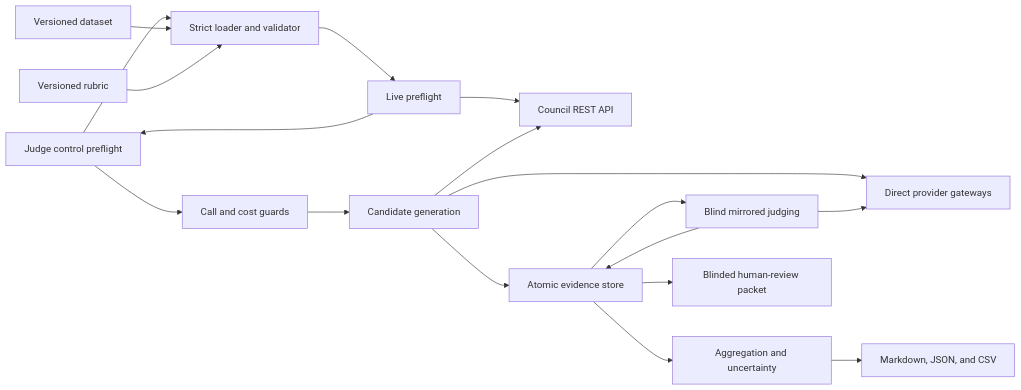
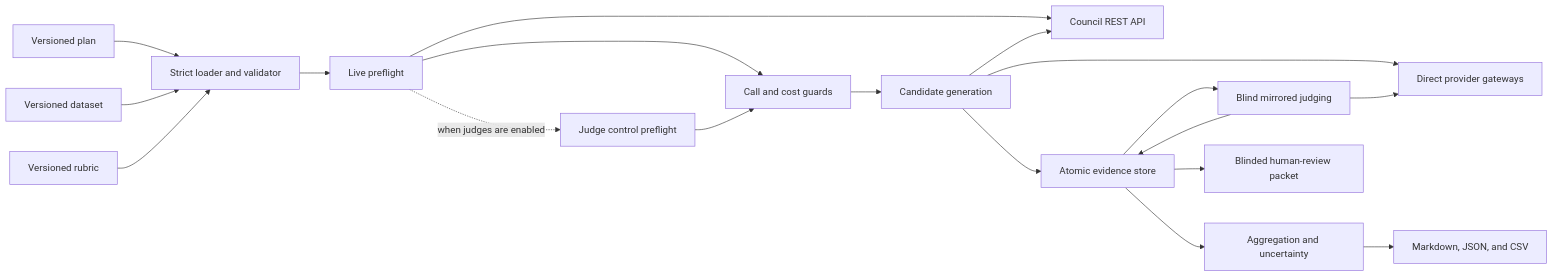
One commit to debopampoddar/llm-council-evaluation changed the diagram in docs/architecture.md. Above: the diagram before and after it, drawn with Mermaid. The commit also changed other lines of this file and 8 other files, not shown here.

````diff
--- a/docs/architecture.md
+++ b/docs/architecture.md
@@ -17,20 +19,21 @@
 ```mermaid
 flowchart LR
-  P["Versioned plan"] --> V["Strict loader and validator"]
+  PLAN["Versioned plan"] --> V["Strict loader and validator"]
   D["Versioned dataset"] --> V
   R["Versioned rubric"] --> V
   V --> F["Live preflight"]
   F --> C["Council REST API"]
-  F --> P["Judge control preflight"]
-  P --> B["Call and cost guards"]
+  F --> B["Call and cost guards"]
+  F -. "when judges are enabled" .-> JPF["Judge control preflight"]
+  JPF --> B["Call and cost guards"]
   B --> G["Candidate generation"]
   G --> C
   G --> M["Direct provider gateways"]
   G --> S["Atomic evidence store"]
   S --> J["Blind mirrored judging"]
   J --> M
   J --> S
   S --> A["Aggregation and uncertainty"]
   A --> O["Markdown, JSON, and CSV"]
   S --> H["Blinded human-review packet"]
 ```
````
